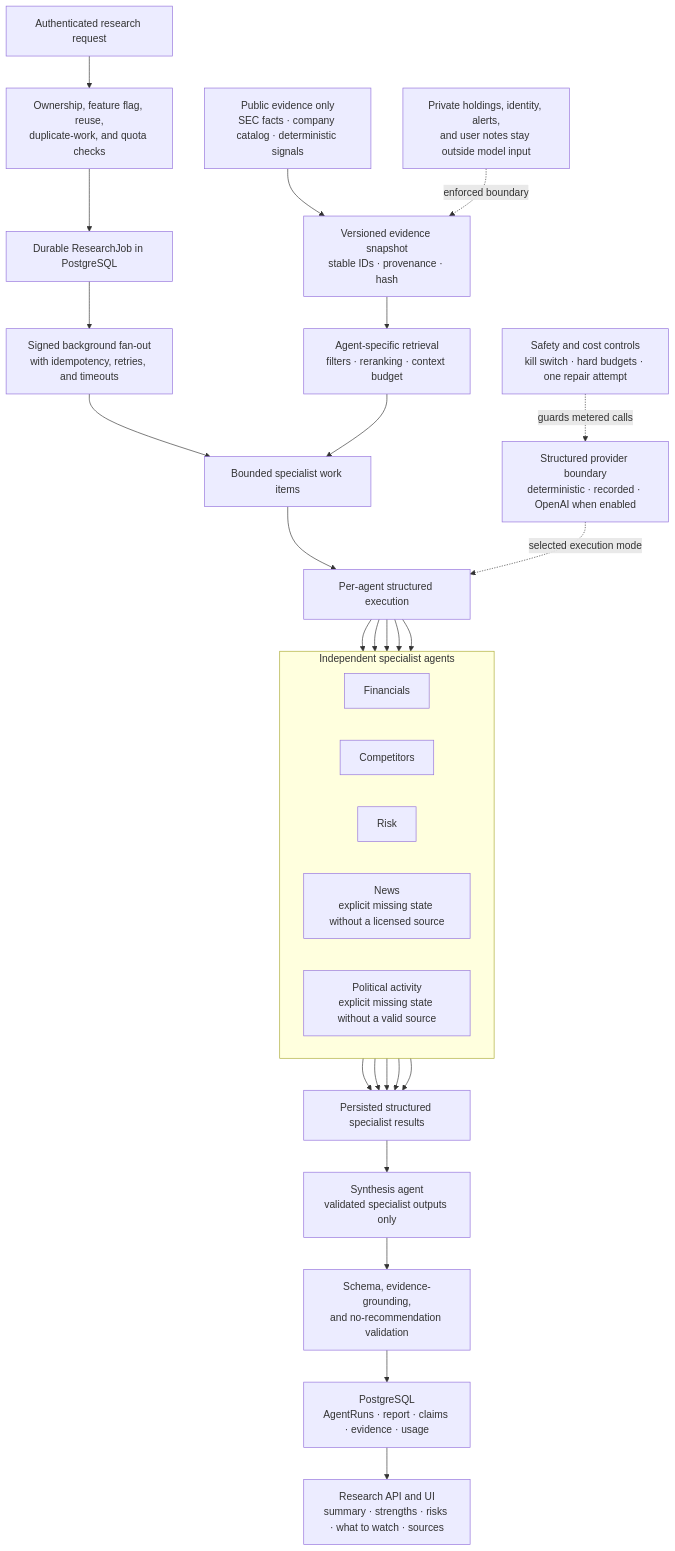
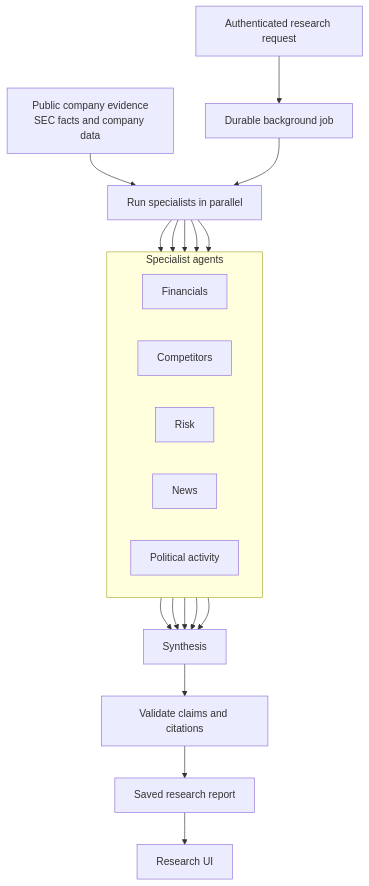
One commit to JasonServito/portfolio-scope changed the diagram in README.md. Above: the diagram before and after it, drawn with Mermaid. The commit also changed other lines of this file, not shown here.

Commit message:
docs: simplify AI research workflow diagram

````diff
--- a/README.md
+++ b/README.md
@@ -85,43 +83,31 @@
 ```mermaid
 flowchart TD
-    Request["Authenticated research request"] --> Gate["Ownership, feature flag, reuse,<br/>duplicate-work, and quota checks"]
-    Gate --> Job["Durable ResearchJob in PostgreSQL"]
-    Job --> Queue["Signed background fan-out<br/>with idempotency, retries, and timeouts"]
+    Request["Authenticated research request"] --> Job["Durable background job"]
+    Evidence["Public company evidence<br/>SEC facts and company data"] --> FanOut["Run specialists in parallel"]
+    Job --> FanOut
 
-    Sources["Public evidence only<br/>SEC facts · company catalog · deterministic signals"] --> Snapshot["Versioned evidence snapshot<br/>stable IDs · provenance · hash"]
-    Snapshot --> Retrieval["Agent-specific retrieval<br/>filters · reranking · context budget"]
-
-    Queue --> Inputs["Bounded specialist work items"]
-    Retrieval --> Inputs
-    Inputs --> Runner["Per-agent structured execution"]
-
-    subgraph Specialists["Independent specialist agents"]
+    subgraph Specialists["Specialist agents"]
         direction LR
         Financials["Financials"]
         Competitors["Competitors"]
         Risk["Risk"]
-        News["News<br/>explicit missing state without a licensed source"]
-        Politics["Political activity<br/>explicit missing state without a valid source"]
+        News["News"]
+        Politics["Political activity"]
     end
 
-    Runner --> Financials
-    Runner --> Competitors
-    Runner --> Risk
-    Runner --> News
-    Runner --> Politics
+    FanOut --> Financials
+    FanOut --> Competitors
+    FanOut --> Risk
+    FanOut --> News
+    FanOut --> Politics
 
-    Provider["Structured provider boundary<br/>deterministic · recorded · OpenAI when enabled"] -. "selected execution mode" .-> Runner
-    Controls["Safety and cost controls<br/>kill switch · hard budgets · one repair attempt"] -. "guards metered calls" .-> Provider
-    Privacy["Private holdings, identity, alerts,<br/>and user notes stay outside model input"] -. "enforced boundary" .-> Snapshot
+    Financials --> Synthesis["Synthesis"]
+    Competitors --> Synthesis
+    Risk --> Synthesis
+    News --> Synthesis
+    Politics --> Synthesis
 
-    Financials --> Collected["Persisted structured specialist results"]
-    Competitors --> Collected
-    Risk --> Collected
-    News --> Collected
-    Politics --> Collected
-
-    Collected --> Synthesis["Synthesis agent<br/>validated specialist outputs only"]
-    Synthesis --> Validation["Schema, evidence-grounding,<br/>and no-recommendation validation"]
-    Validation --> Records["PostgreSQL<br/>AgentRuns · report · claims · evidence · usage"]
-    Records --> UI["Research API and UI<br/>summary · strengths · risks · what to watch · sources"]
+    Synthesis --> Validation["Validate claims and citations"]
+    Validation --> Report["Saved research report"]
+    Report --> UI["Research UI"]
 ```
````
